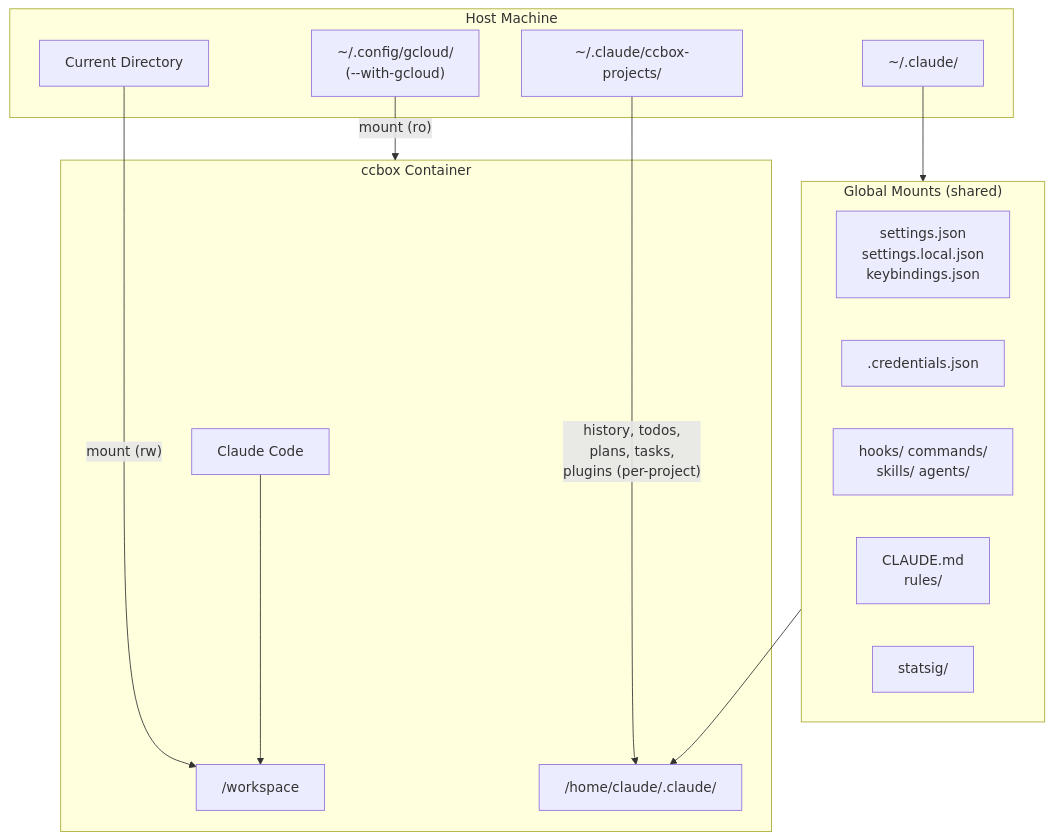
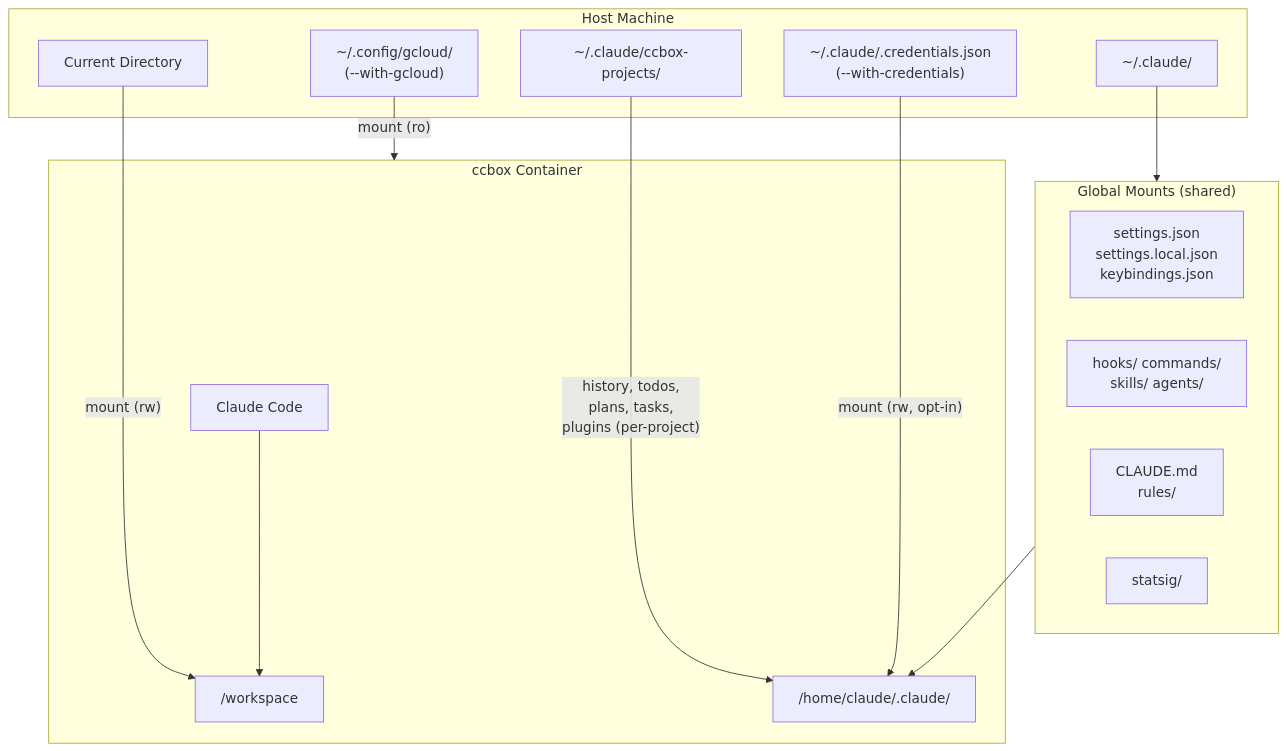
One commit to guimou/ccbox changed the diagram in docs/architecture.md. Above: the diagram before and after it, drawn with Mermaid. The commit also changed other lines of this file and 5 other files, not shown here.

First line of the commit message:
Make Claude credentials mount opt-in

````diff
--- a/docs/architecture.md
+++ b/docs/architecture.md
@@ -66,32 +66,33 @@
 ```mermaid
 flowchart TB
     subgraph Host["Host Machine"]
         CWD["Current Directory"]
         GlobalConfig["~/.claude/"]
         ProjectData["~/.claude/ccbox-projects/"]
         GCloud["~/.config/gcloud/<br/>(--with-gcloud)"]
+        Creds["~/.claude/.credentials.json<br/>(--with-credentials)"]
     end
 
     subgraph Container["ccbox Container"]
         Workspace["/workspace"]
         ClaudeHome["/home/claude/.claude/"]
         ClaudeCode["Claude Code"]
     end
 
     subgraph GlobalMounts["Global Mounts (shared)"]
         direction LR
         Settings["settings.json<br/>settings.local.json<br/>keybindings.json"]
-        Auth[".credentials.json"]
         Extensions["hooks/ commands/<br/>skills/ agents/"]
         Memory["CLAUDE.md<br/>rules/"]
         Cache["statsig/"]
     end
 
     CWD -->|"mount (rw)"| Workspace
     GlobalConfig --> GlobalMounts
     GlobalMounts --> ClaudeHome
     ProjectData -->|"history, todos,<br/>plans, tasks,<br/>plugins (per-project)"| ClaudeHome
     GCloud -->|"mount (ro)"| Container
+    Creds -->|"mount (rw, opt-in)"| ClaudeHome
 
     ClaudeCode --> Workspace
 ```
````
